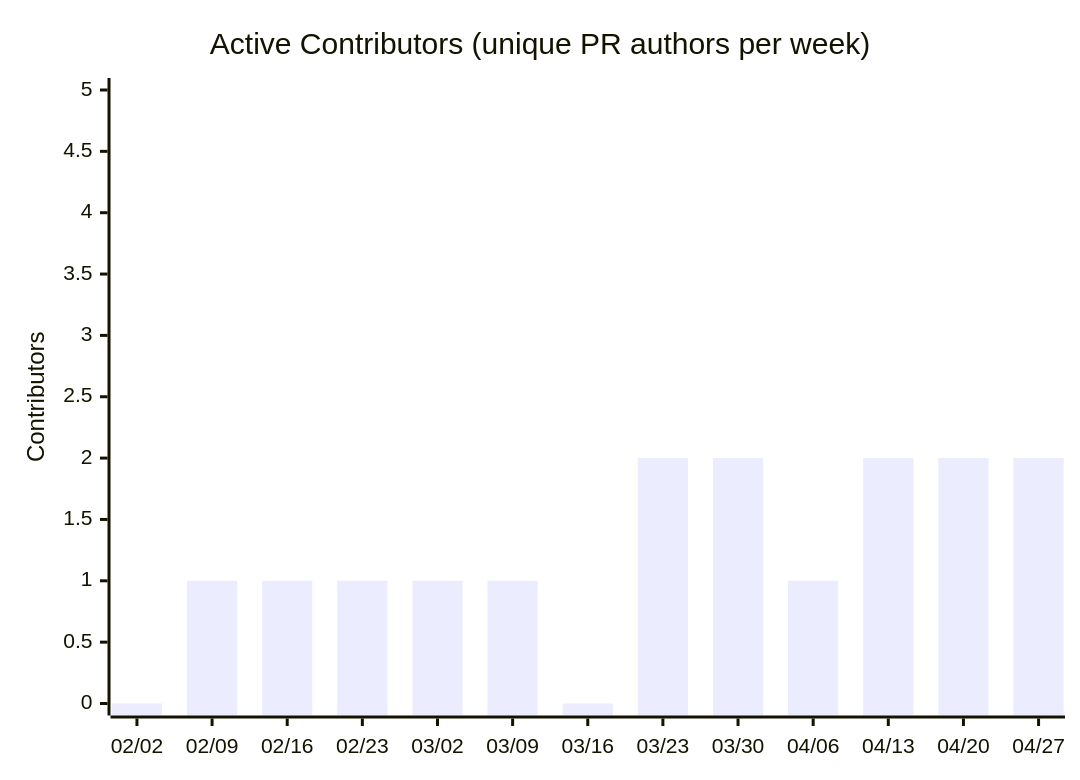
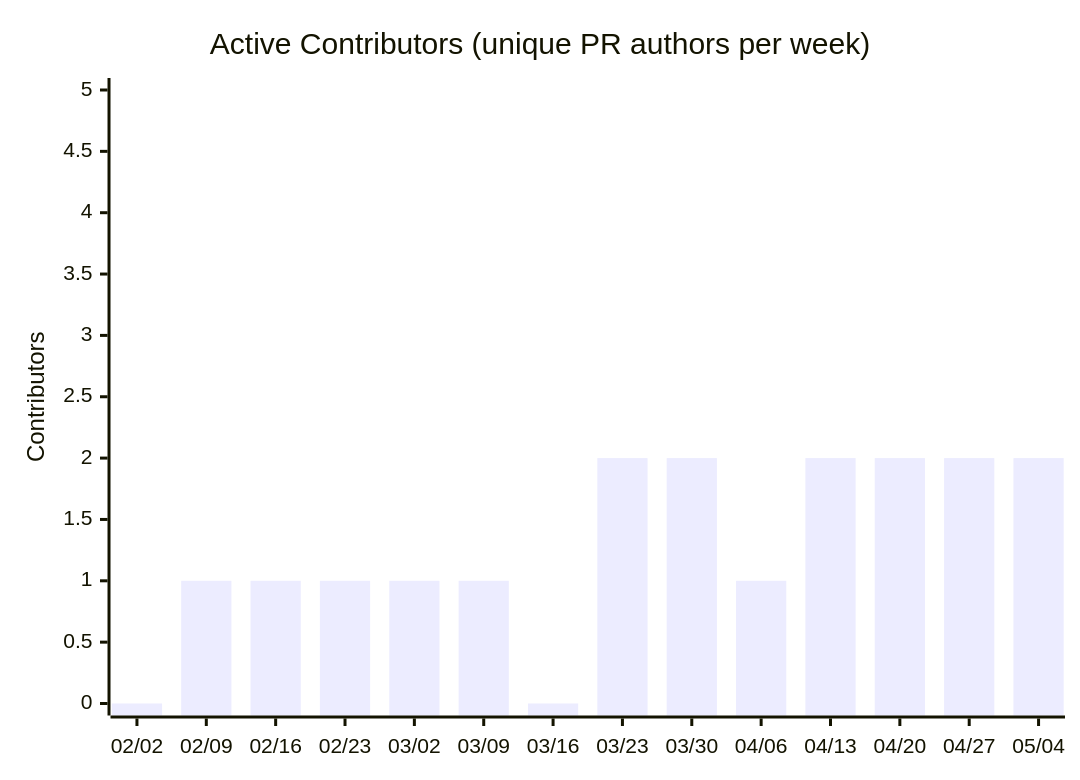
Before and after one commit to nablarch/nabledge-dev: the seventh of 14 diagrams in docs/metrics.md, drawn with Mermaid. The commit also changed other lines of this file and 2 other files, not shown here.

````diff
--- a/docs/metrics.md
+++ b/docs/metrics.md
@@ -109,7 +109,7 @@
 ```mermaid
 xychart-beta
   title "Active Contributors (unique PR authors per week)"
-  x-axis ["02/02", "02/09", "02/16", "02/23", "03/02", "03/09", "03/16", "03/23", "03/30", "04/06", "04/13", "04/20", "04/27"]
+  x-axis ["02/02", "02/09", "02/16", "02/23", "03/02", "03/09", "03/16", "03/23", "03/30", "04/06", "04/13", "04/20", "04/27", "05/04"]
   y-axis "Contributors" 0 --> 5
-  bar [0, 1, 1, 1, 1, 1, 0, 2, 2, 1, 2, 2, 2]
+  bar [0, 1, 1, 1, 1, 1, 0, 2, 2, 1, 2, 2, 2, 2]
 ```
````
